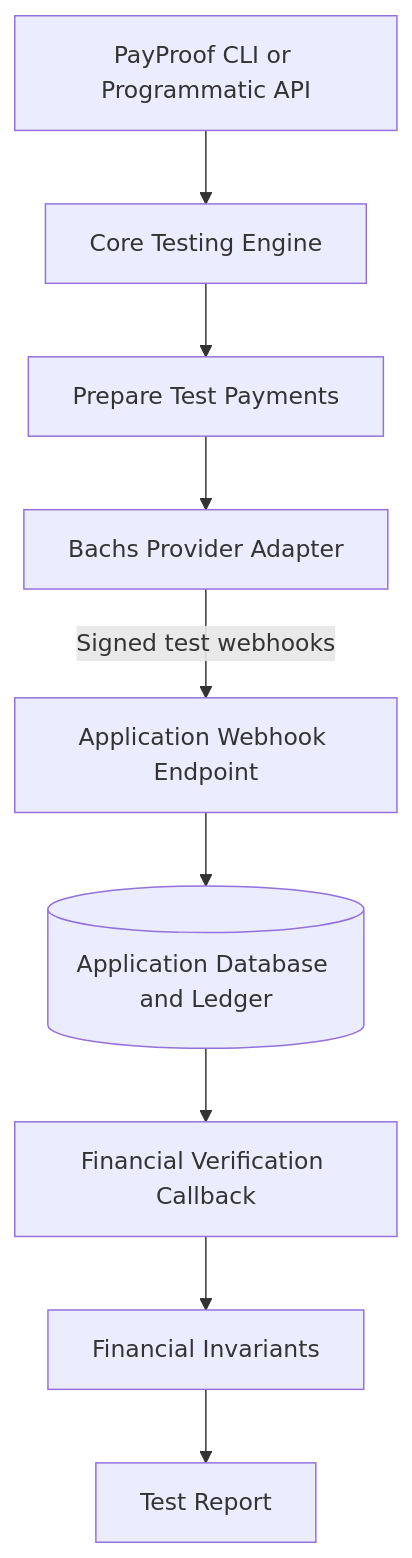
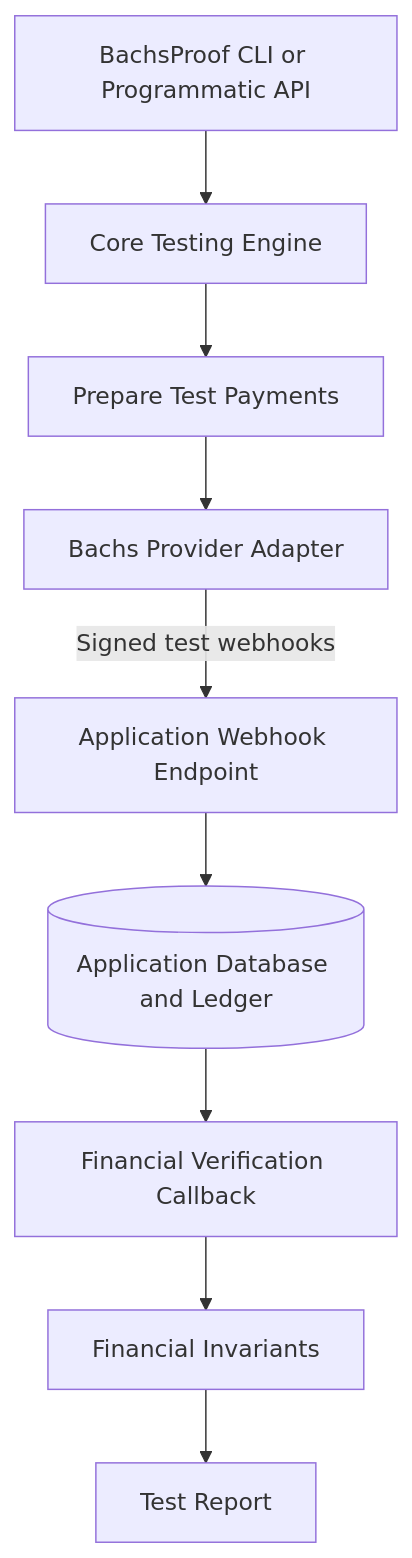
Before and after one commit to therealEmma/BachsProof: the diagram in README.md, drawn with Mermaid. The commit also changed other lines of this file and 180 other files, not shown here.

````diff
--- a/README.md
+++ b/README.md
@@ -348,21 +348,21 @@
 ```mermaid
 flowchart TD
-    A[PayProof CLI or Programmatic API]
+    A[BachsProof CLI or Programmatic API]
     B[Core Testing Engine]
     C[Prepare Test Payments]
     D[Bachs Provider Adapter]
     E[Application Webhook Endpoint]
     F[(Application Database and Ledger)]
     G[Financial Verification Callback]
     H[Financial Invariants]
     I[Test Report]
 
     A --> B
     B --> C
     C --> D
     D -->|Signed test webhooks| E
     E --> F
     F --> G
     G --> H
     H --> I
 ```
````
